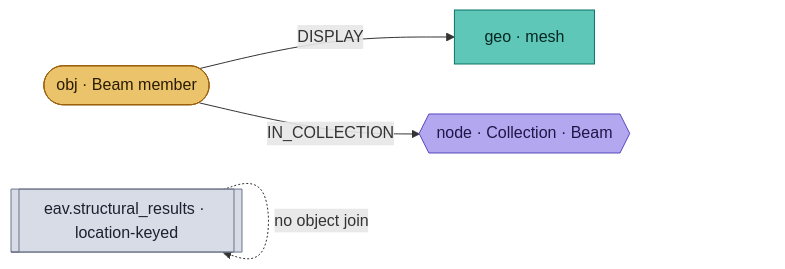
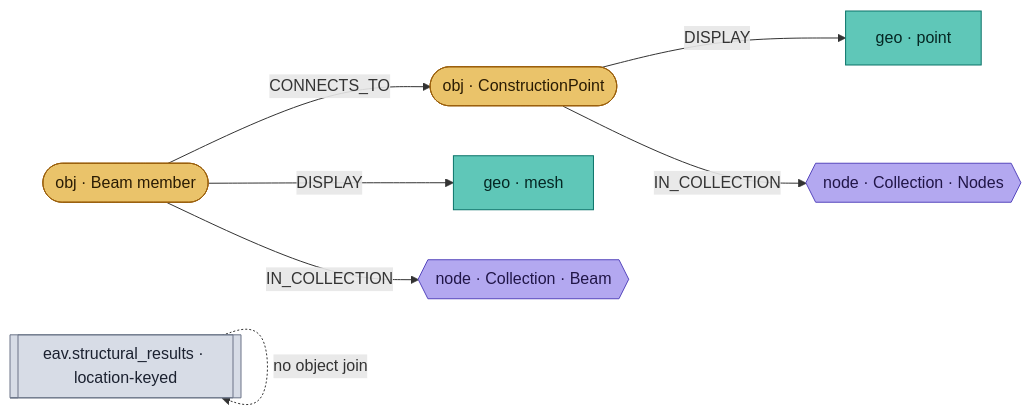
Before and after one commit to specklesystems/speckle-sharp-connectors: diagram 19 of 19 in docs/connector-relations.md, drawn with Mermaid. The commit also changed other lines of this file and 4 other files, not shown here.

Commit message:
feat(tsd): construction points as node objects, members and area elements connect to them (ENG-11155)

````diff
--- a/docs/connector-relations.md
+++ b/docs/connector-relations.md
@@ -579,14 +579,20 @@
 ```mermaid
 graph LR
   MB([obj · Beam member]):::obj
+  N1([obj · ConstructionPoint]):::obj
   M[geo · mesh]:::geo
+  P[geo · point]:::geo
   COL{{node · Collection · Beam}}:::nd
+  NODES{{node · Collection · Nodes}}:::nd
   RES[[eav.structural_results · location-keyed]]:::file
   MB -->|DISPLAY| M
   MB -->|IN_COLLECTION| COL
+  MB -->|CONNECTS_TO| N1
+  N1 -->|DISPLAY| P
+  N1 -->|IN_COLLECTION| NODES
   RES -.->|no object join| RES
   classDef obj fill:#eac36a,stroke:#9a5f0c,color:#2a1c04;
   classDef geo fill:#5fc7b8,stroke:#0a7369,color:#052723;
   classDef nd fill:#b3a8f0,stroke:#5647bd,color:#211648;
   classDef file fill:#d7dce6,stroke:#6b7488,color:#1b2130;
 ```
````
